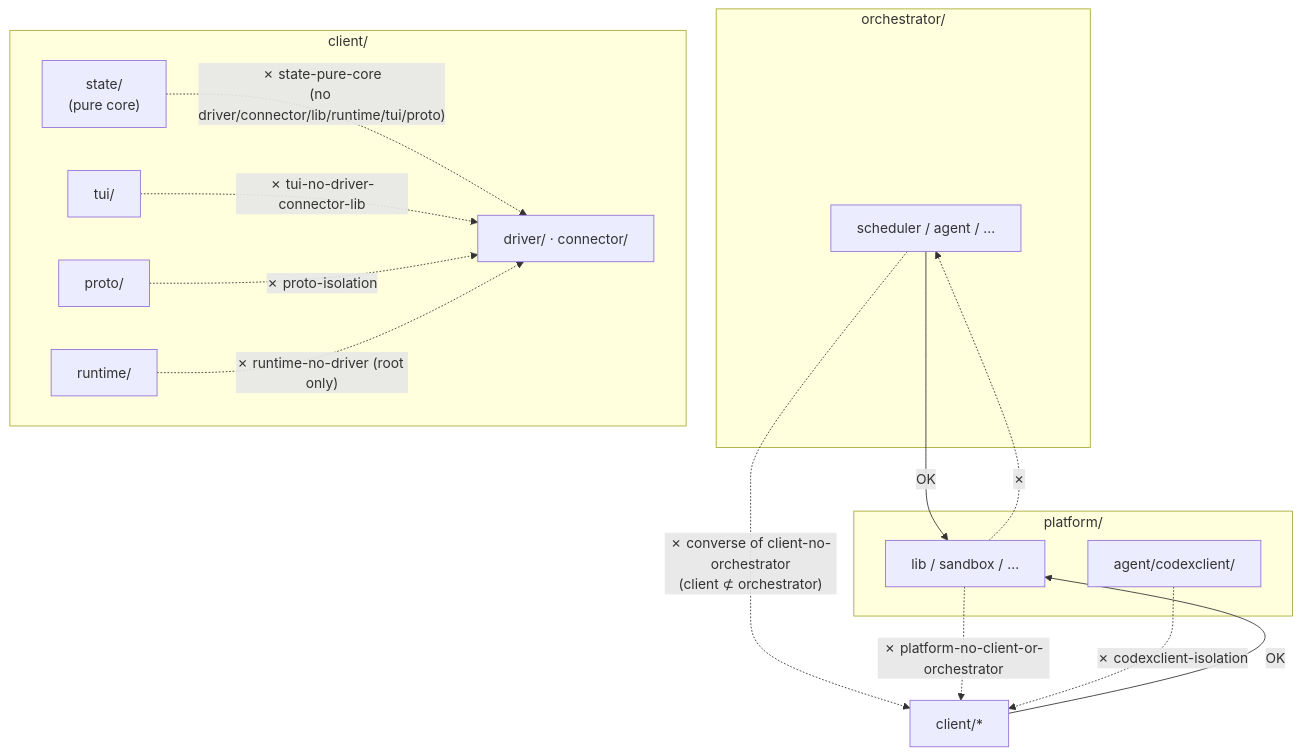
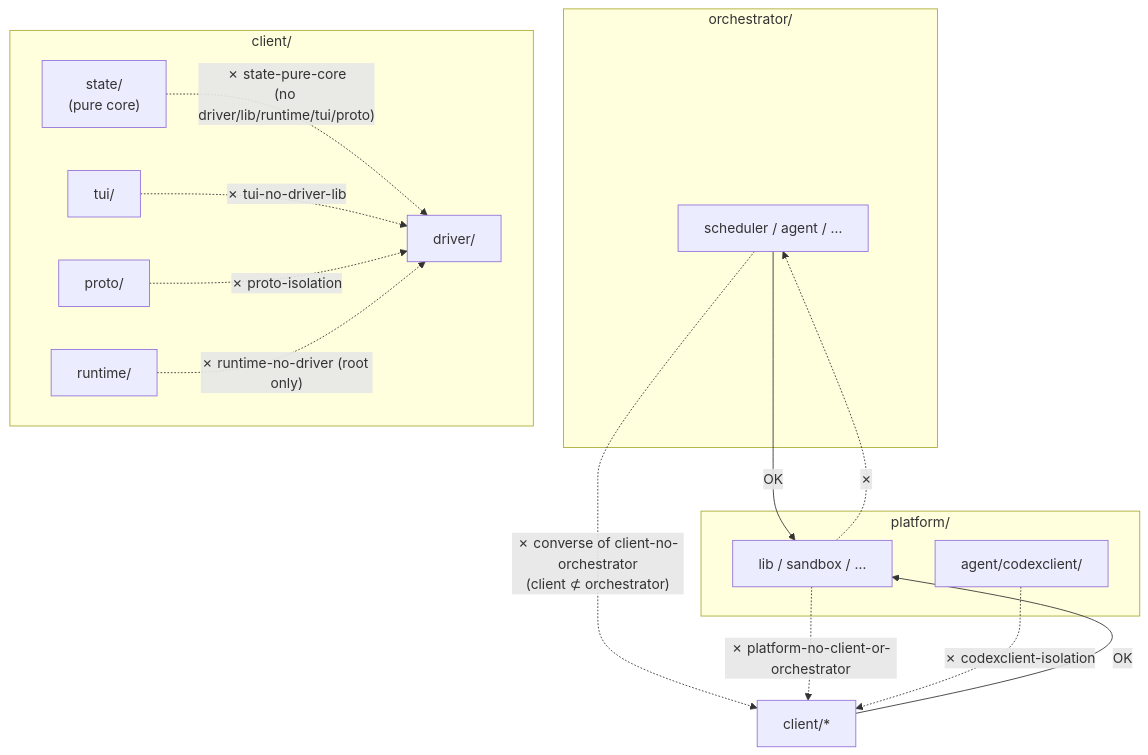
The diagram in docs/technical/code-enforcement.md (takezoh/agent-reactor), drawn with Mermaid before and after one commit. The commit also changed other lines of this file and 65 other files, not shown here.

````diff
--- a/docs/technical/code-enforcement.md
+++ b/docs/technical/code-enforcement.md
@@ -11,29 +11,29 @@
 ```mermaid
 flowchart TD
     subgraph orchestrator["orchestrator/"]
         ORCH["scheduler / agent / …"]
     end
     subgraph client["client/"]
         STATE["state/<br/>(pure core)"]
         TUI["tui/"]
         PROTO["proto/"]
         RT["runtime/"]
-        DRIVER["driver/ · connector/"]
+        DRIVER["driver/"]
     end
     subgraph platform["platform/"]
         PLAT["lib / sandbox / …"]
         CODEXC["agent/codexclient/"]
     end
 
     ORCH -->|OK| PLAT
     CLIENTBOX["client/*"] -->|OK| PLAT
     ORCH -. "✗ converse of client-no-orchestrator<br/>(client ⊄ orchestrator)" .-> CLIENTBOX
     PLAT -. "✗ platform-no-client-or-orchestrator" .-> CLIENTBOX
     PLAT -. "✗" .-> ORCH
     CODEXC -. "✗ codexclient-isolation" .-> CLIENTBOX
 
-    STATE -. "✗ state-pure-core<br/>(no driver/connector/lib/runtime/tui/proto)" .-> DRIVER
-    TUI -. "✗ tui-no-driver-connector-lib" .-> DRIVER
+    STATE -. "✗ state-pure-core<br/>(no driver/lib/runtime/tui/proto)" .-> DRIVER
+    TUI -. "✗ tui-no-driver-lib" .-> DRIVER
     PROTO -. "✗ proto-isolation" .-> DRIVER
     RT -. "✗ runtime-no-driver (root only)" .-> DRIVER
 ```
````
